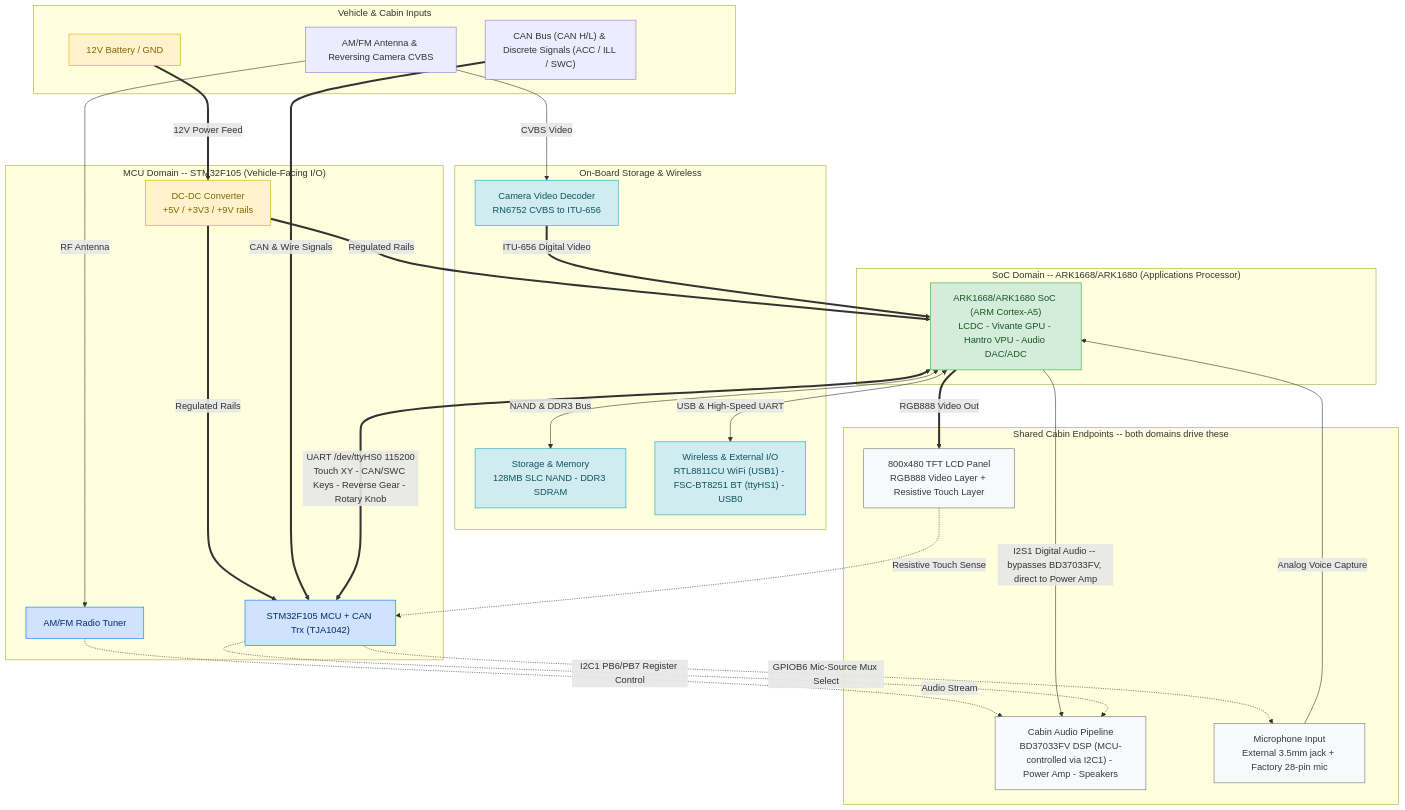
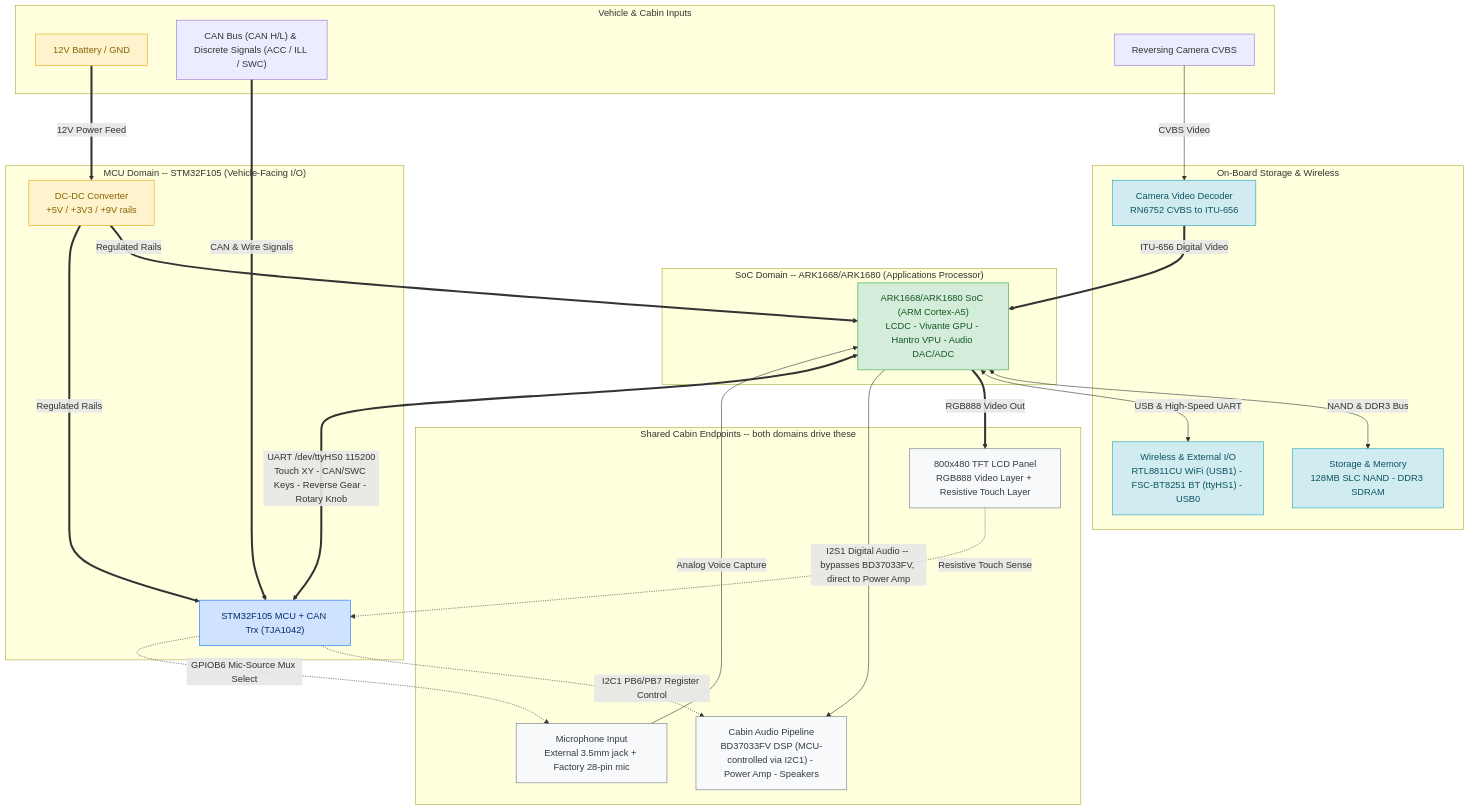
The second of 3 diagrams in README.md (yogihybo/Limcet-P305-Box-Android-Auto-Carplay), drawn with Mermaid before and after one commit.

Commit message:
docs: remove nonexistent AM/FM tuner from hardware diagram
The Hardware Block Architecture diagram carried an "AM/FM Radio Tuner"
node and antenna input from before this project confirmed there is no
tuner on this board. Removed the node and its edges (antenna input,
audio-stream-to-AudioOut) rather than leaving a component in the
diagram that doesn't exist on the hardware.

Claude-Session: https://claude.ai/code/session_019FMTJh1MHVfr6TbsyYnAjK

````diff
--- a/README.md
+++ b/README.md
@@ -108,65 +108,62 @@
 ```mermaid
 flowchart TD
     subgraph VEH["Vehicle & Cabin Inputs"]
         PowerIn["12V Battery / GND"]
         VehicleBus["CAN Bus (CAN H/L) & Discrete Signals (ACC / ILL / SWC)"]
-        MediaIn["AM/FM Antenna & Reversing Camera CVBS"]
+        MediaIn["Reversing Camera CVBS"]
     end
 
     subgraph MCUD["MCU Domain -- STM32F105 (Vehicle-Facing I/O)"]
         DCDC["DC-DC Converter<br/>+5V / +3V3 / +9V rails"]
         MCUHub["STM32F105 MCU + CAN Trx (TJA1042)"]
-        Tuner["AM/FM Radio Tuner"]
     end
 
     subgraph SOCD["SoC Domain -- ARK1668/ARK1680 (Applications Processor)"]
         ARKBrain["ARK1668/ARK1680 SoC (ARM Cortex-A5)<br/>LCDC - Vivante GPU - Hantro VPU - Audio DAC/ADC"]
     end
 
     subgraph PERIPH["On-Board Storage & Wireless"]
         Memory["Storage & Memory<br/>128MB SLC NAND - DDR3 SDRAM"]
         Wireless["Wireless & External I/O<br/>RTL8811CU WiFi (USB1) - FSC-BT8251 BT (ttyHS1) - USB0"]
         CamDec["Camera Video Decoder<br/>RN6752 CVBS to ITU-656"]
     end
 
     subgraph OUT["Shared Cabin Endpoints -- both domains drive these"]
         DisplayOut["800x480 TFT LCD Panel<br/>RGB888 Video Layer + Resistive Touch Layer"]
         AudioOut["Cabin Audio Pipeline<br/>BD37033FV DSP (MCU-controlled via I2C1) - Power Amp - Speakers"]
         MicIn["Microphone Input<br/>External 3.5mm jack + Factory 28-pin mic"]
     end
 
     PowerIn ==>|12V Power Feed| DCDC
     DCDC ==>|Regulated Rails| ARKBrain
     DCDC ==>|Regulated Rails| MCUHub
 
     VehicleBus ==>|CAN & Wire Signals| MCUHub
-    MediaIn --->|RF Antenna| Tuner
     MediaIn --->|CVBS Video| CamDec
-    Tuner -.->|Audio Stream| AudioOut
 
     MCUHub <==>|"UART /dev/ttyHS0 115200<br/>Touch XY - CAN/SWC Keys - Reverse Gear - Rotary Knob"| ARKBrain
 
     ARKBrain <-->|NAND & DDR3 Bus| Memory
     ARKBrain <-->|USB & High-Speed UART| Wireless
     CamDec ==>|ITU-656 Digital Video| ARKBrain
 
     ARKBrain ==>|RGB888 Video Out| DisplayOut
     ARKBrain --->|"I2S1 Digital Audio -- bypasses BD37033FV, direct to Power Amp"| AudioOut
     MicIn --->|Analog Voice Capture| ARKBrain
 
     DisplayOut -.->|Resistive Touch Sense| MCUHub
     MCUHub -.->|I2C1 PB6/PB7 Register Control| AudioOut
     MCUHub -.->|GPIOB6 Mic-Source Mux Select| MicIn
 
     classDef soc fill:#d4edda,stroke:#28a745,color:#155724
     classDef mcu fill:#cfe2ff,stroke:#0d6efd,color:#052c65
     classDef storage fill:#d1ecf1,stroke:#17a2b8,color:#0c5460
     classDef power fill:#fff3cd,stroke:#e0a800,color:#856404
     classDef shared fill:#f8f9fa,stroke:#6c757d,color:#343a40
 
     class ARKBrain soc
-    class MCUHub,Tuner mcu
+    class MCUHub mcu
     class Memory,Wireless,CamDec storage
     class DCDC,PowerIn power
     class DisplayOut,AudioOut,MicIn shared
 ```
````
